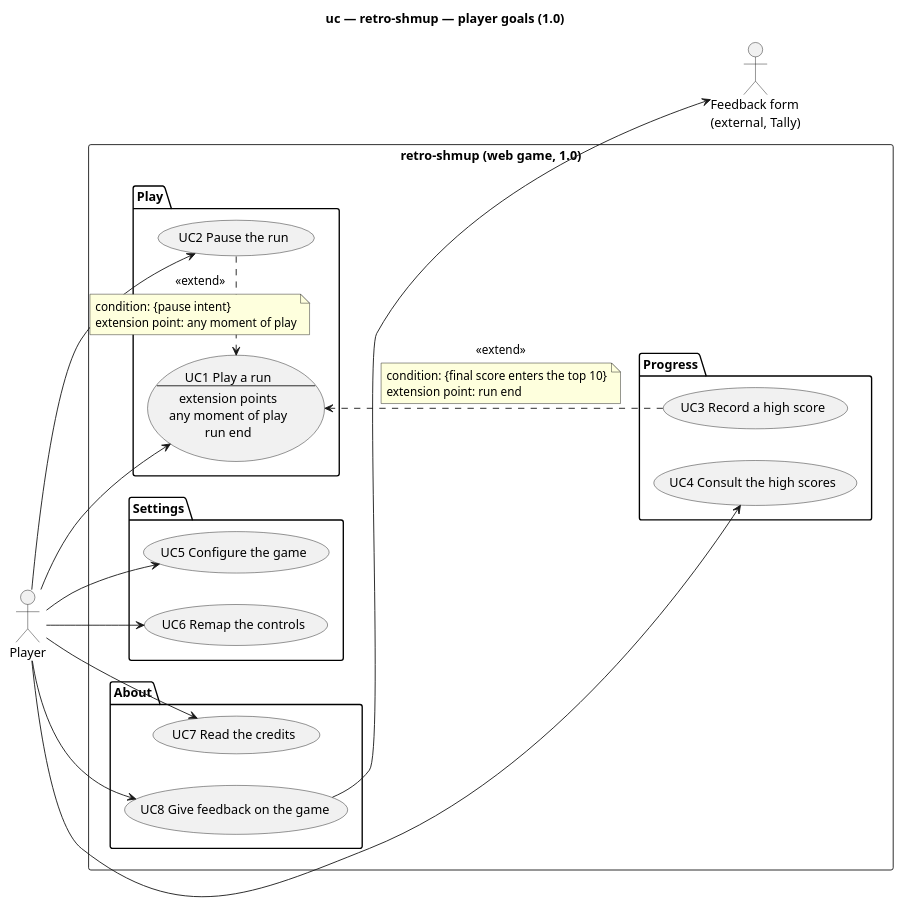
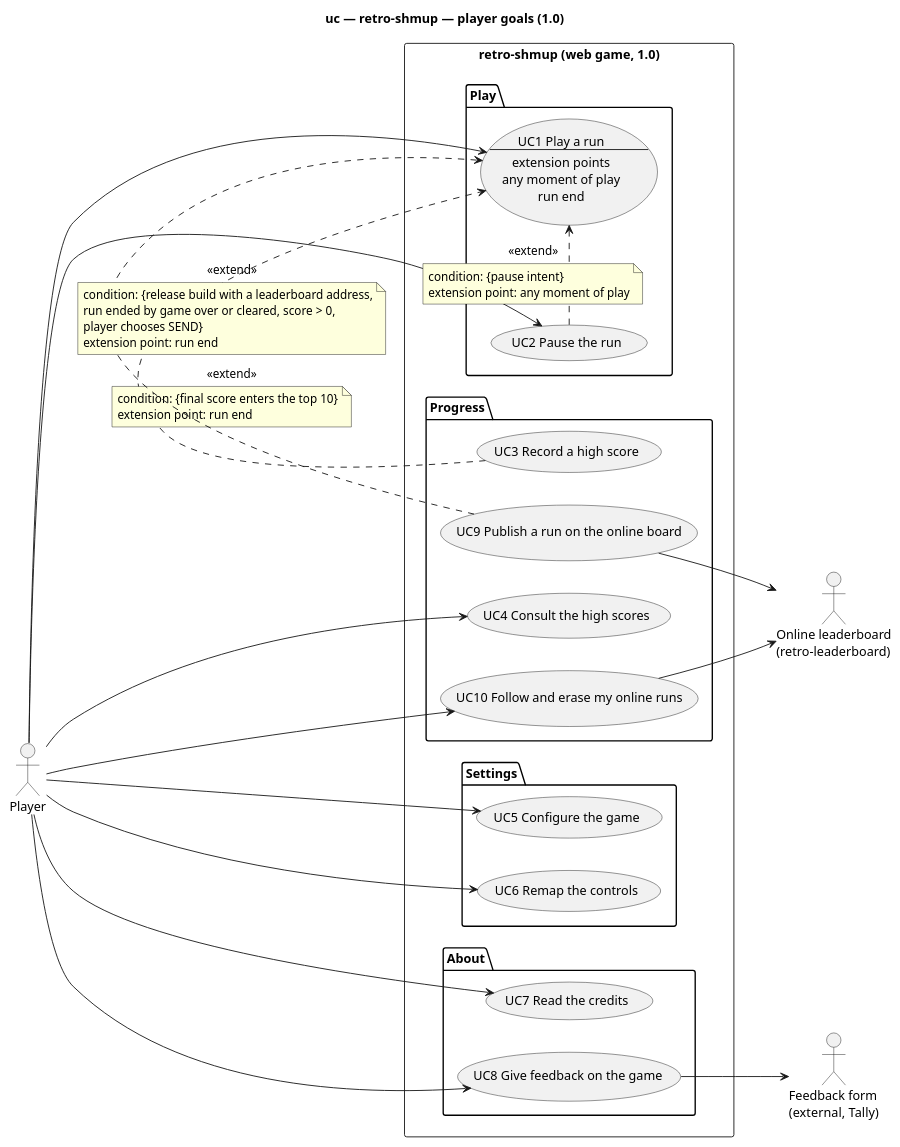
Before and after one commit to benoit-bremaud/retro-shmup: the diagram in docs/architecture/diagrams/system/01-use-case.puml, drawn with PlantUML. The commit also changed 16 other files, not shown here.

First line of the commit message:
docs(design): GDD v0.35, ADR-0031 and UML — record runs and send them online (#167)

```diff
--- a/docs/architecture/diagrams/system/01-use-case.puml
+++ b/docs/architecture/diagrams/system/01-use-case.puml
@@ -1,54 +1,67 @@
 @startuml 01-use-case
 title uc — retro-shmup — player goals (1.0)
 left to right direction
 skinparam shadowing false
 
 actor "Player" as Player
 actor "Feedback form\n(external, Tally)" as FeedbackForm
+actor "Online leaderboard\n(retro-leaderboard)" as Leaderboard
 
 rectangle "retro-shmup (web game, 1.0)" {
   package "Play" {
     usecase UC1 as "UC1 Play a run
     --
     extension points
     any moment of play
     run end"
     usecase "UC2 Pause the run" as UC2
   }
   package "Progress" {
     usecase "UC3 Record a high score" as UC3
     usecase "UC4 Consult the high scores" as UC4
+    usecase "UC9 Publish a run on the online board" as UC9
+    usecase "UC10 Follow and erase my online runs" as UC10
   }
   package "Settings" {
     usecase "UC5 Configure the game" as UC5
     usecase "UC6 Remap the controls" as UC6
   }
   package "About" {
     usecase "UC7 Read the credits" as UC7
     usecase "UC8 Give feedback on the game" as UC8
   }
 }
 
 Player --> UC1
 Player --> UC2
 Player --> UC4
 Player --> UC5
 Player --> UC6
 Player --> UC7
 Player --> UC8
+Player --> UC10
 UC8 --> FeedbackForm
+UC9 --> Leaderboard
+UC10 --> Leaderboard
 
 ' layout only: keep Progress next to Play
 UC2 -[hidden]- UC3
 
 UC2 .> UC1 : <<extend>>
 note on link
   condition: {pause intent}
   extension point: any moment of play
 end note
 UC3 .> UC1 : <<extend>>
 note on link
   condition: {final score enters the top 10}
   extension point: run end
 end note
+UC9 .> UC1 : <<extend>>
+note on link
+  condition: {release build with a leaderboard address,
+  run ended by game over or cleared, score > 0,
+  player chooses SEND}
+  extension point: run end
+end note
 @enduml
```
